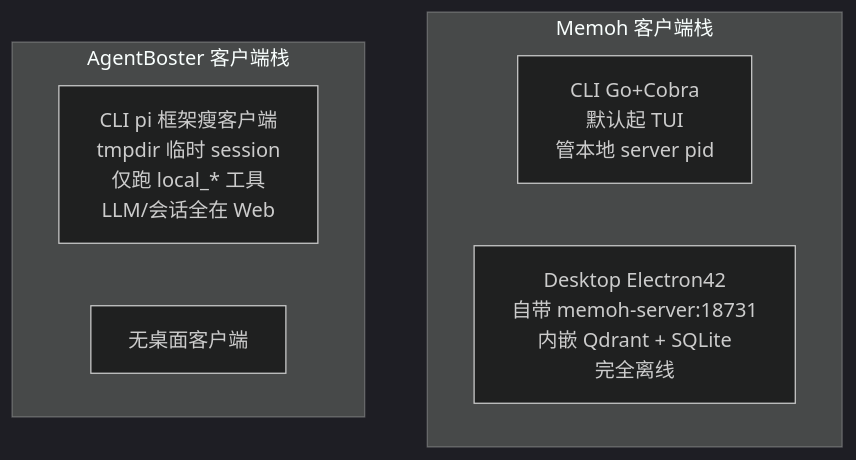
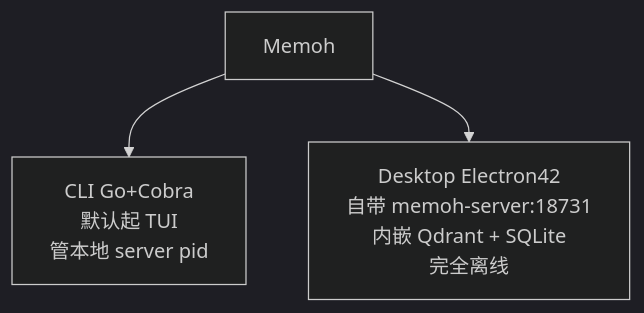
One commit to NekoSekaiMoe/agentboster changed the ninth of 32 diagrams in docs/memoh-vs-agentboster.md. Above: the diagram before and after it, drawn with Mermaid (dark theme). The commit also changed other lines of this file, not shown here.

````diff
--- a/docs/memoh-vs-agentboster.md
+++ b/docs/memoh-vs-agentboster.md
@@ -122,11 +146,5 @@
 ```mermaid
 flowchart TB
-    subgraph Memoh["Memoh 客户端栈"]
-        MCL["CLI Go+Cobra<br/>默认起 TUI<br/>管本地 server pid"]
-        MDT["Desktop Electron42<br/>自带 memoh-server:18731<br/>内嵌 Qdrant + SQLite<br/>完全离线"]
-    end
-    subgraph AgentBoster["AgentBoster 客户端栈"]
-        ACL["CLI pi 框架瘦客户端<br/>tmpdir 临时 session<br/>仅跑 local_* 工具<br/>LLM/会话全在 Web"]
-        ANone["无桌面客户端"]
-    end
+    A1["Memoh"] --> A2["CLI Go+Cobra<br/>默认起 TUI<br/>管本地 server pid"]
+    A1 --> A3["Desktop Electron42<br/>自带 memoh-server:18731<br/>内嵌 Qdrant + SQLite<br/>完全离线"]
 ```
````
